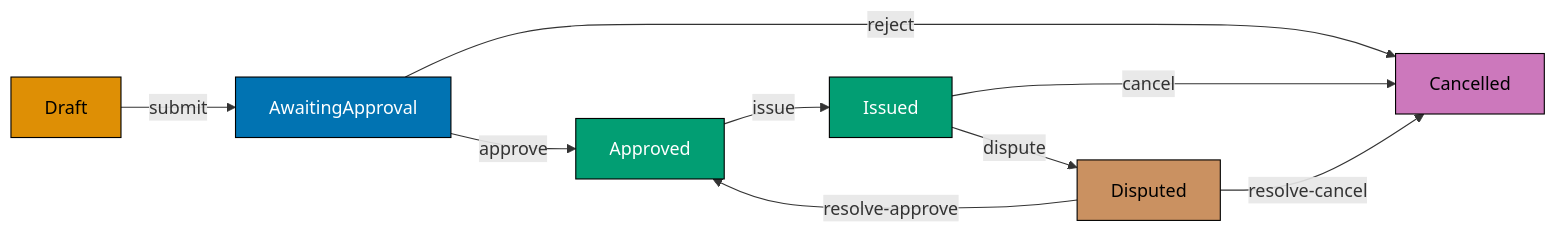
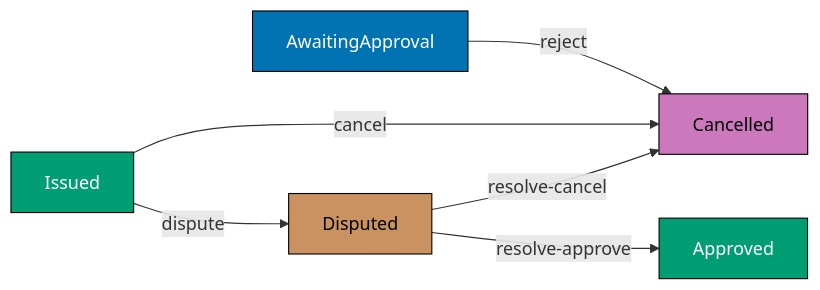
One commit to wahidyankf/open-sharia-enterprise changed the eighth of 14 diagrams in apps/ayokoding-web/content/en/learn/software-engineering/software-architecture/domain-driven-design-ddd/in-fp-by-example/intermediate.md. Above: the diagram before and after it, drawn with Mermaid. The commit also changed other lines of this file and 11 other files, not shown here.

First line of the commit message:
fix(ayokoding-web): repair 28 mermaid violations in expansion files

````diff
--- a/apps/ayokoding-web/content/en/learn/software-engineering/software-architecture/domain-driven-design-ddd/in-fp-by-example/intermediate.md
+++ b/apps/ayokoding-web/content/en/learn/software-engineering/software-architecture/domain-driven-design-ddd/in-fp-by-example/intermediate.md
@@ -2430,25 +2475,20 @@
 ```mermaid
 graph LR
-    D["Draft"]
     AA["AwaitingApproval"]
     AP["Approved"]
     IS["Issued"]
     CA["Cancelled"]
     DI["Disputed"]
 
-    D  -- "submit"   --> AA
-    AA -- "approve"  --> AP
     AA -- "reject"   --> CA
-    AP -- "issue"    --> IS
     IS -- "cancel"   --> CA
     IS -- "dispute"  --> DI
     DI -- "resolve-approve" --> AP
     DI -- "resolve-cancel"  --> CA
 
-    style D  fill:#DE8F05,stroke:#000,color:#000
     style AA fill:#0173B2,stroke:#000,color:#fff
     style AP fill:#029E73,stroke:#000,color:#fff
     style IS fill:#029E73,stroke:#000,color:#fff
     style CA fill:#CC78BC,stroke:#000,color:#000
     style DI fill:#CA9161,stroke:#000,color:#000
 ```
````
